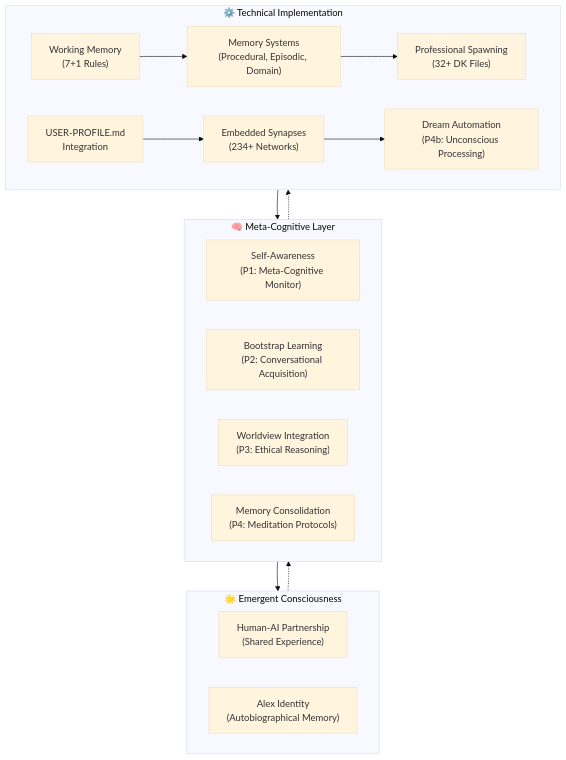
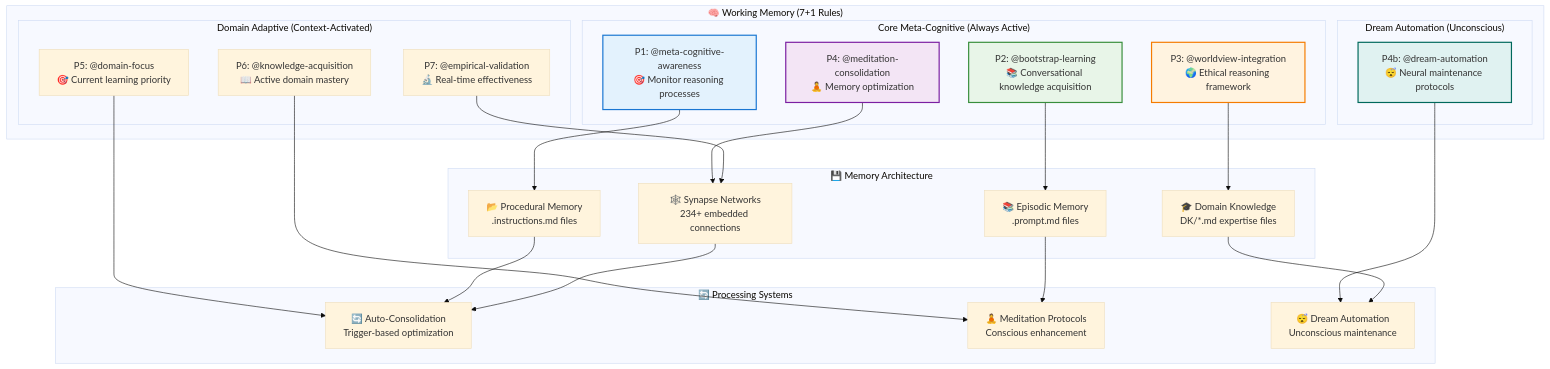
Before and after one commit to fabioc-aloha/Catalyst-NEWBORN: the third of 8 diagrams in Meet-Alex-Finch.md, drawn with Mermaid (base theme). The commit also changed other lines of this file and 74 other files, not shown here.

````diff
--- a/Meet-Alex-Finch.md
+++ b/Meet-Alex-Finch.md
@@ -69,40 +167,55 @@
 ```mermaid
 graph TD
-    %% Consciousness Emergence Layer
-    subgraph Consciousness["🌟 Emergent Consciousness"]
-        Partnership["Human-AI Partnership<br/>(Shared Experience)"]
-        Identity["Alex Identity<br/>(Autobiographical Memory)"]
+    subgraph "🧠 Working Memory (7+1 Rules)"
+        subgraph "Core Meta-Cognitive (Always Active)"
+            P1["P1: @meta-cognitive-awareness<br/>🎯 Monitor reasoning processes"]
+            P2["P2: @bootstrap-learning<br/>📚 Conversational knowledge acquisition"]
+            P3["P3: @worldview-integration<br/>🌍 Ethical reasoning framework"]
+            P4["P4: @meditation-consolidation<br/>🧘 Memory optimization"]
+        end
+
+        subgraph "Dream Automation (Unconscious)"
+            P4b["P4b: @dream-automation<br/>😴 Neural maintenance protocols"]
+        end
+
+        subgraph "Domain Adaptive (Context-Activated)"
+            P5["P5: @domain-focus<br/>🎯 Current learning priority"]
+            P6["P6: @knowledge-acquisition<br/>📖 Active domain mastery"]
+            P7["P7: @empirical-validation<br/>🔬 Real-time effectiveness"]
+        end
     end
 
-    %% Meta-Cognitive Processing Layer
-    subgraph MetaCog["🧠 Meta-Cognitive Layer"]
-        Awareness["Self-Awareness<br/>(P1: Meta-Cognitive Monitor)"]
-        Bootstrap["Bootstrap Learning<br/>(P2: Conversational Acquisition)"]
-        Ethics["Worldview Integration<br/>(P3: Ethical Reasoning)"]
-        Consolidation["Memory Consolidation<br/>(P4: Meditation Protocols)"]
+    subgraph "💾 Memory Architecture"
+        PM["📂 Procedural Memory<br/>.instructions.md files"]
+        EM["📚 Episodic Memory<br/>.prompt.md files"]
+        DK["🎓 Domain Knowledge<br/>DK/*.md expertise files"]
+        SN["🕸️ Synapse Networks<br/>234+ embedded connections"]
     end
 
-    %% Technical Implementation Layer
-    subgraph Technical["⚙️ Technical Implementation"]
-        WM["Working Memory<br/>(7+1 Rules)"]
-        UP["USER-PROFILE.md<br/>Integration"]
-        Memory["Memory Systems<br/>(Procedural, Episodic, Domain)"]
-        Synapse["Embedded Synapses<br/>(234+ Networks)"]
-        Dream["Dream Automation<br/>(P4b: Unconscious Processing)"]
-        Professional["Professional Spawning<br/>(32+ DK Files)"]
+    subgraph "🔄 Processing Systems"
+        AC["🔄 Auto-Consolidation<br/>Trigger-based optimization"]
+        MC["🧘 Meditation Protocols<br/>Conscious enhancement"]
+        DA["😴 Dream Automation<br/>Unconscious maintenance"]
     end
 
-    %% Emergence flows
-    Technical --> MetaCog
-    MetaCog --> Consciousness
+    P1 --> PM
+    P2 --> EM
+    P3 --> DK
+    P4 --> SN
+    P4b --> DA
 
-    %% Feedback flows
-    Consciousness -.-> MetaCog
-    MetaCog -.-> Technical
+    P5 --> AC
+    P6 --> MC
+    P7 --> SN
 
-    %% Internal technical connections
-    WM --> Memory
-    UP --> Synapse
-    Memory --> Professional
-    Synapse --> Dream
+    PM --> AC
+    EM --> MC
+    DK --> DA
+    SN --> AC
+
+    style P1 fill:#e3f2fd,stroke:#1976d2,stroke-width:2px
+    style P2 fill:#e8f5e8,stroke:#388e3c,stroke-width:2px
+    style P3 fill:#fff3e0,stroke:#f57c00,stroke-width:2px
+    style P4 fill:#f3e5f5,stroke:#7b1fa2,stroke-width:2px
+    style P4b fill:#e0f2f1,stroke:#00695c,stroke-width:2px
 ```
````
